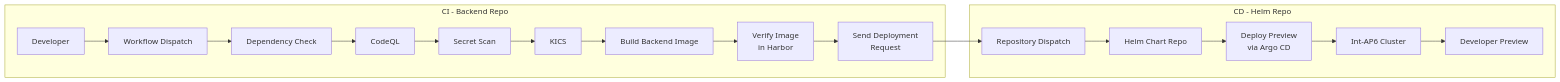
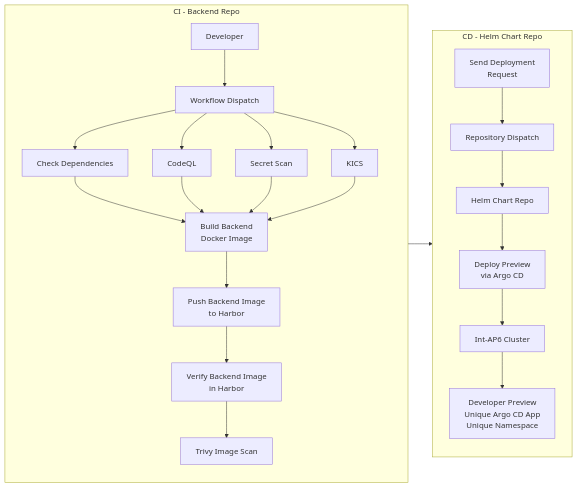
The diagram in docs/backend-ci.md (ARENA2036/managed-simple-data-exchanger), drawn with Mermaid before and after one commit. The commit also changed other lines of this file and 1 other file, not shown here.

Commit message:
docs: fix workflow daigram in cicd docs

````diff
--- a/docs/backend-ci.md
+++ b/docs/backend-ci.md
@@ -3,28 +3,55 @@
 ```mermaid
 flowchart LR
 
 subgraph CI["CI - Backend Repo"]
+direction TB
 
 A[Developer]
-A --> B[Workflow Dispatch]
-B --> C[Dependency Check]
-C --> D[CodeQL]
-D --> E[Secret Scan]
-E --> F[KICS]
-F --> G[Build Backend Image]
-G --> H[Verify Image<br/>in Harbor]
-H --> I[Trivy Scan]
+B[Workflow Dispatch]
+C[Check Dependencies]
+D[CodeQL]
+E[Secret Scan]
+F[KICS]
+H[Build Backend<br/>Docker Image]
+I[Push Backend Image<br/>to Harbor]
+J[Verify Backend Image<br/>in Harbor]
+K[Trivy Image Scan]
+
+A --> B
+
+B --> C
+B --> D
+B --> E
+B --> F
+
+C --> H
+D --> H
+E --> H
+F --> H
+
+H --> I
+I --> J
+J --> K
 
 end
 
-subgraph CD["CD - Helm Repo"]
-I[Send Deployment<br/>Request]
-I --> K[Repository Dispatch]
-K --> L[Helm Chart Repo]
-L --> M[Deploy Preview<br/>via Argo CD]
-M --> N[Int-AP6 Cluster]
-N --> O[Developer Preview]
+subgraph CD["CD - Helm Chart Repo"]
+direction TB
+
+L[Send Deployment<br/>Request]
+M[Repository Dispatch]
+N[Helm Chart Repo]
+O[Deploy Preview<br/>via Argo CD]
+P[Int-AP6 Cluster]
+Q[Developer Preview<br/>Unique Argo CD App<br/>Unique Namespace]
+
+L --> M
+M --> N
+N --> O
+O --> P
+P --> Q
 
 end
 
+K --> L
 ```
````
